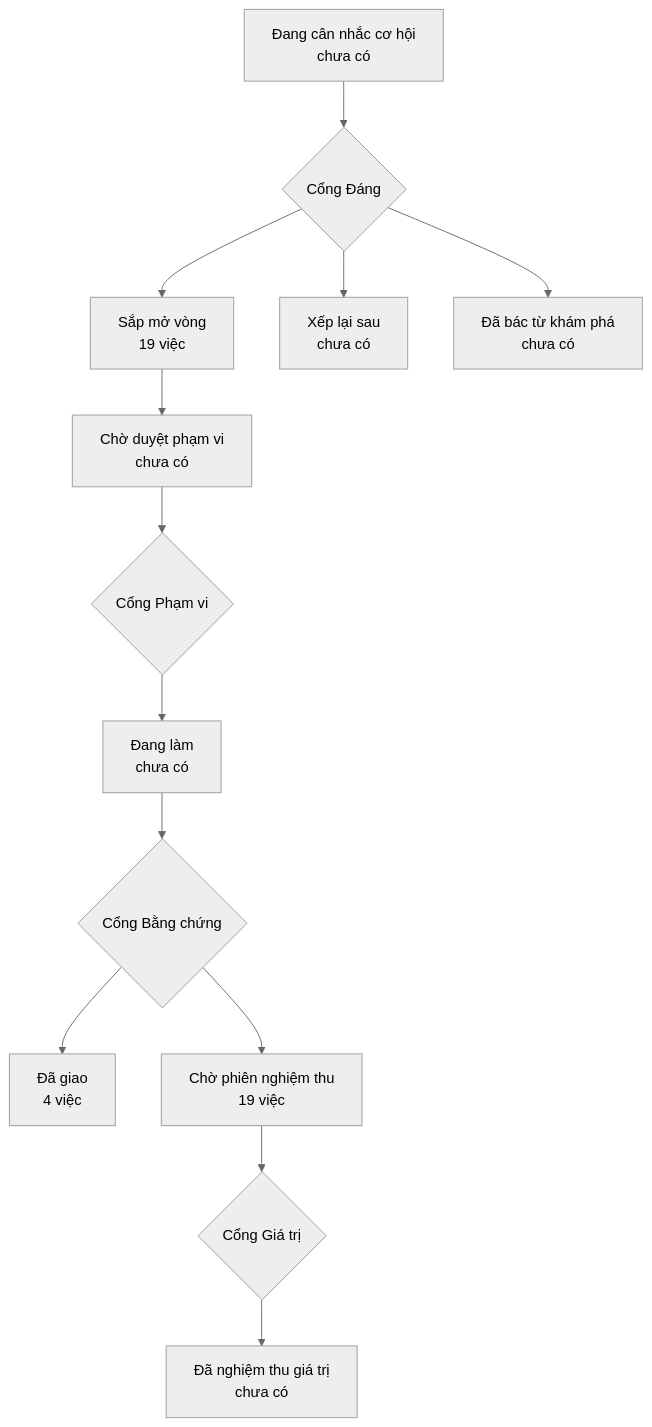
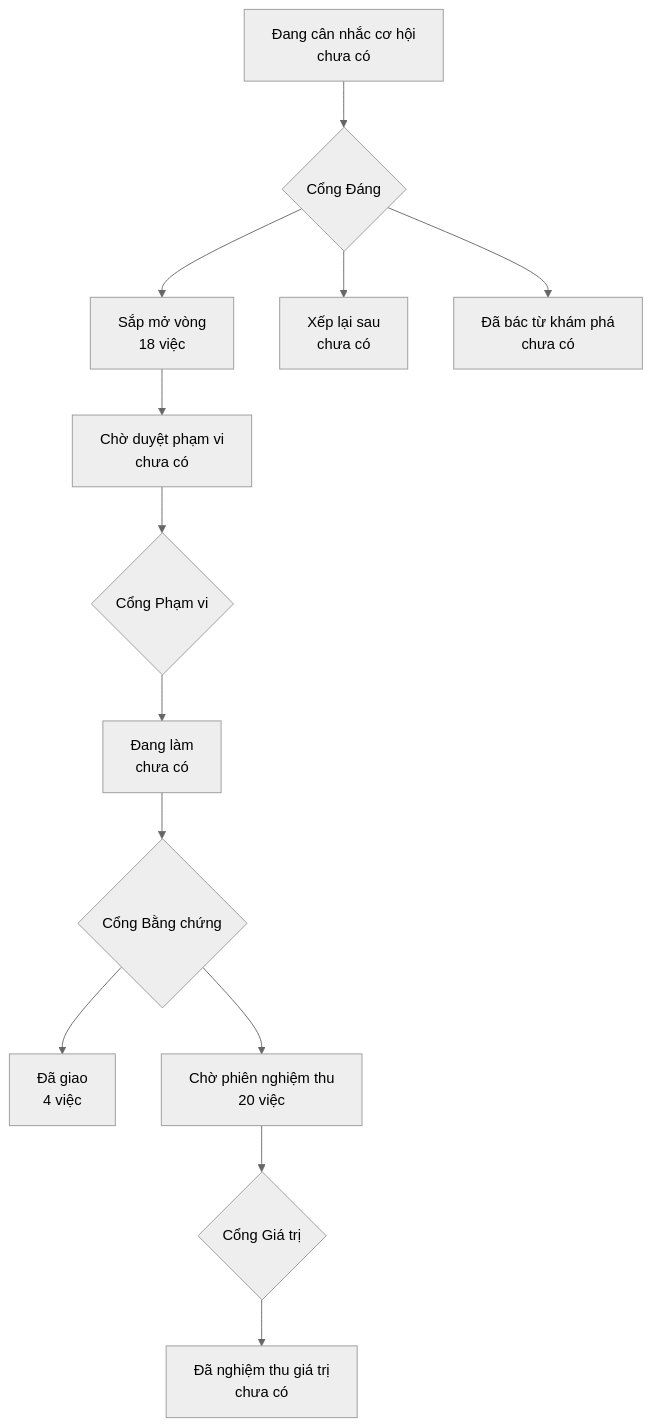
One commit to phanlemanh/onehub-quy-hang changed the diagram in PRODUCT-MAP.md. Above: the diagram before and after it, drawn with Mermaid (neutral theme). The commit also changed 24 other files, not shown here.

````diff
--- a/PRODUCT-MAP.md
+++ b/PRODUCT-MAP.md
@@ -7,12 +7,12 @@
 ```mermaid
 flowchart TD
   A["Đang cân nhắc cơ hội<br/>chưa có"] --> GD{"Cổng Đáng"}
-  GD --> B["Sắp mở vòng<br/>19 việc"]
+  GD --> B["Sắp mở vòng<br/>18 việc"]
   GD --> XL["Xếp lại sau<br/>chưa có"]
   GD --> DB["Đã bác từ khám phá<br/>chưa có"]
   B --> CD["Chờ duyệt phạm vi<br/>chưa có"] --> GP{"Cổng Phạm vi"}
   GP --> DL["Đang làm<br/>chưa có"] --> GB{"Cổng Bằng chứng"}
   GB --> DG["Đã giao<br/>4 việc"]
-  GB --> CN["Chờ phiên nghiệm thu<br/>19 việc"] --> GG{"Cổng Giá trị"}
+  GB --> CN["Chờ phiên nghiệm thu<br/>20 việc"] --> GG{"Cổng Giá trị"}
   GG --> NT["Đã nghiệm thu giá trị<br/>chưa có"]
 ```
````
